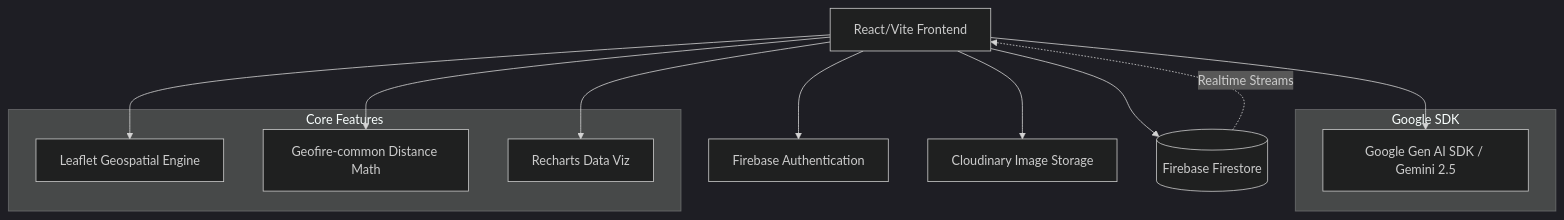
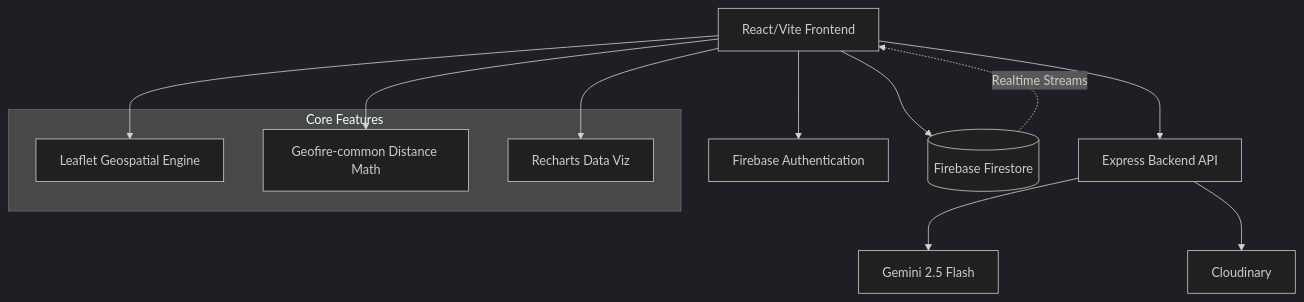
One commit to deekshashettyyy/CivicPulse changed the first of 3 diagrams in README.md. Above: the diagram before and after it, drawn with Mermaid (dark theme). The commit also changed other lines of this file and 1 other file, not shown here.

Commit message:
docs: update README and setup for secure backend proxy

`````diff
--- a/README.md
+++ b/README.md
@@ -44,23 +44,22 @@
 ```mermaid
 graph TD
     Client[React/Vite Frontend] --> Auth[Firebase Authentication]
-    Client --> Storage[Cloudinary Image Storage]
     Client --> DB[(Firebase Firestore)]
-    
-    subgraph Google SDK
-    AI[Google Gen AI SDK / Gemini 2.5]
+
+    Client --> Server[Express Backend API]
+
+    Server --> AI[Gemini 2.5 Flash]
+    Server --> Storage[Cloudinary]
+
+    DB -. Realtime Streams .-> Client
+
+    subgraph Core Features
+        Map[Leaflet Geospatial Engine]
+        Geo[Geofire-common Distance Math]
+        Chart[Recharts Data Viz]
     end
-    
-    Client --> AI
-    DB -. Realtime Streams .-> Client
-    
-    subgraph Core Features
-    Map[Leaflet Geospatial Engine]
-    Geo[Geofire-common Distance Math]
-    Chart[Recharts Data Viz]
-    end
-    
+
     Client --> Map
     Client --> Geo
     Client --> Chart
-````
+```
`````
